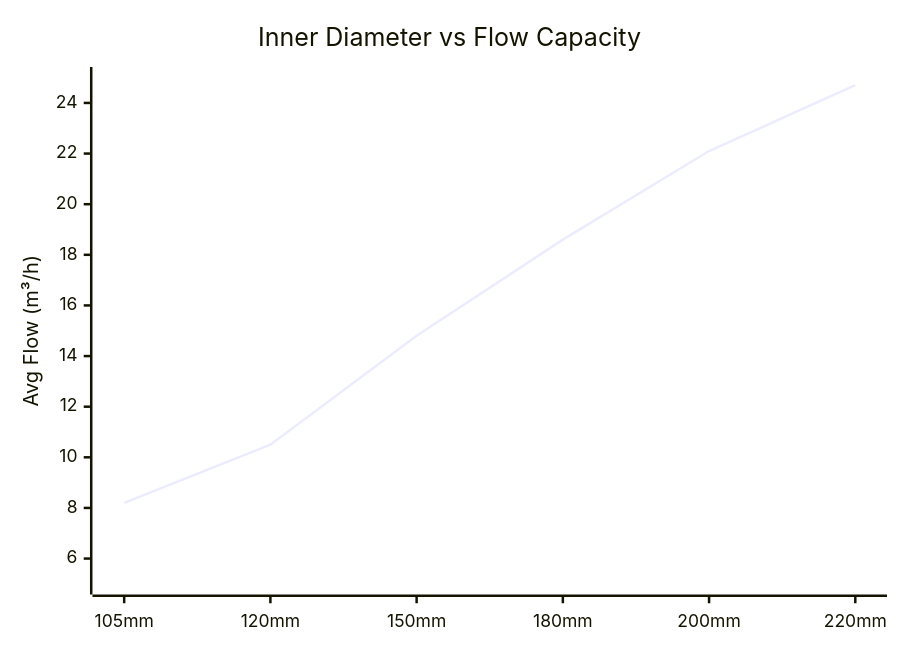
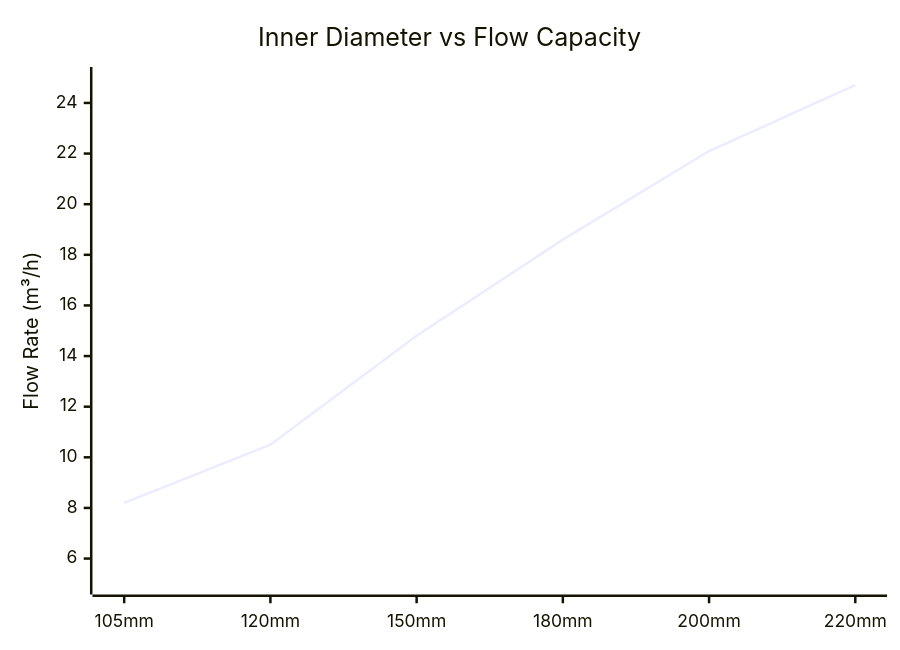
Before and after one commit to GameHelix/centipede: the eighth of 13 diagrams in README.md, drawn with Mermaid. The commit also changed other lines of this file, not shown here.

````diff
--- a/README.md
+++ b/README.md
@@ -237,7 +250,7 @@
 ```mermaid
 xychart-beta
     title "Inner Diameter vs Flow Capacity"
     x-axis [105mm, 120mm, 150mm, 180mm, 200mm, 220mm]
-    y-axis "Avg Flow (m³/h)" 5 --> 25
+    y-axis "Flow Rate (m³/h)" 5 --> 25
     line [8.2, 10.5, 14.8, 18.6, 22.1, 24.7]
 ```
````
